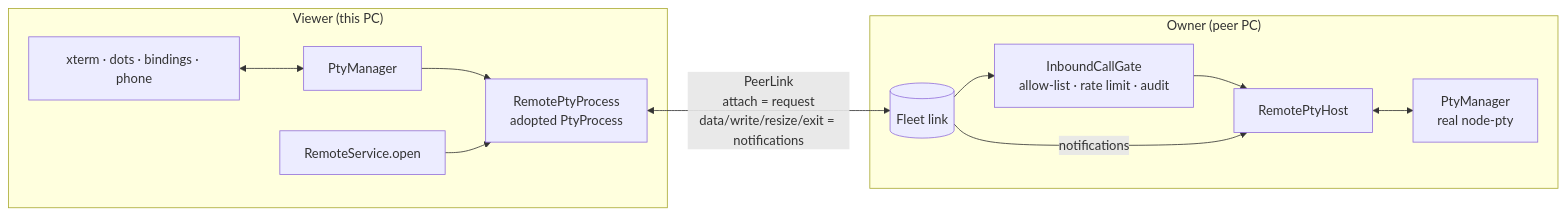
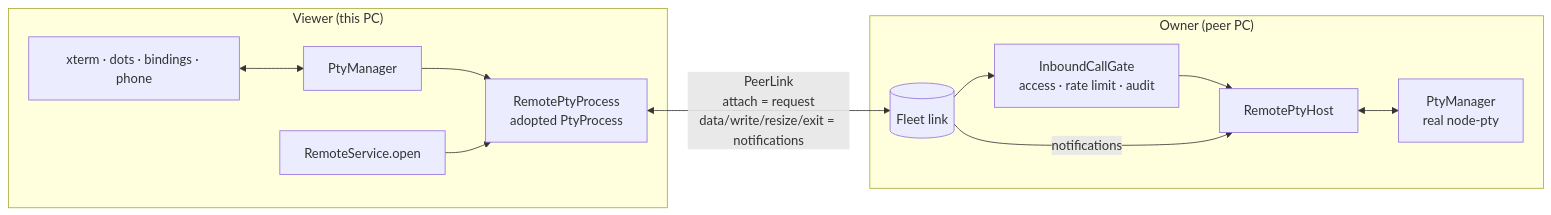
One commit to PetePeter/helm changed the first of 2 diagrams in docs/remote.md. Above: the diagram before and after it, drawn with Mermaid. The commit also changed other lines of this file and 55 other files, not shown here.

````diff
--- a/docs/remote.md
+++ b/docs/remote.md
@@ -11,15 +11,15 @@
 ```mermaid
 graph LR
   subgraph "Viewer (this PC)"
     UI[xterm · dots · bindings · phone] <--> PM1[PtyManager]
     PM1 --> RPP[RemotePtyProcess<br/>adopted PtyProcess]
     RS1[RemoteService.open] --> RPP
   end
   RPP <-->|PeerLink<br/>attach = request<br/>data/write/resize/exit = notifications| PL[(Fleet link)]
   subgraph "Owner (peer PC)"
-    PL --> G[InboundCallGate<br/>allow-list · rate limit · audit]
+    PL --> G[InboundCallGate<br/>access · rate limit · audit]
     G --> RH[RemotePtyHost]
     PL -->|notifications| RH
     RH <--> PM2[PtyManager<br/>real node-pty]
   end
 ```
````
